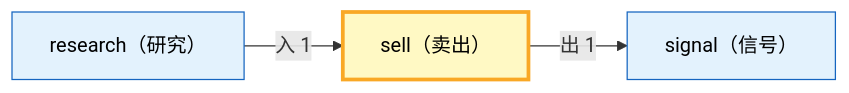
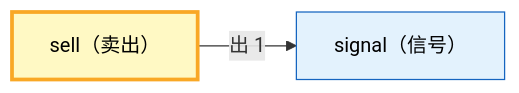
Before and after one commit to xuanFelixVan/ZephyrAlpha: the second of 2 diagrams in docs/02_enterprise_architecture/06_decision_architecture/10_decision_l2a_sell.md, drawn with Mermaid. The commit also changed other lines of this file and 24 other files, not shown here.

First line of the commit message:
docs(architecture): 重生4个生成器输出（sys.path修复后首次干净重生）

````diff
--- a/docs/02_enterprise_architecture/06_decision_architecture/10_decision_l2a_sell.md
+++ b/docs/02_enterprise_architecture/06_decision_architecture/10_decision_l2a_sell.md
@@ -165,11 +163,9 @@
 ```mermaid
 flowchart LR
     SELF["sell（卖出）"]:::selfDomain
     EXT_signal["signal（信号）"]:::extDomain
     SELF -->|出 1| EXT_signal
-    EXT_research["research（研究）"]:::extDomain
-    EXT_research -->|入 1| SELF
 
     classDef selfDomain fill:#fff9c4,stroke:#f9a825,stroke-width:3px,color:#000
     classDef extDomain fill:#e3f2fd,stroke:#1565c0,stroke-width:1px,color:#000
 ```
````
